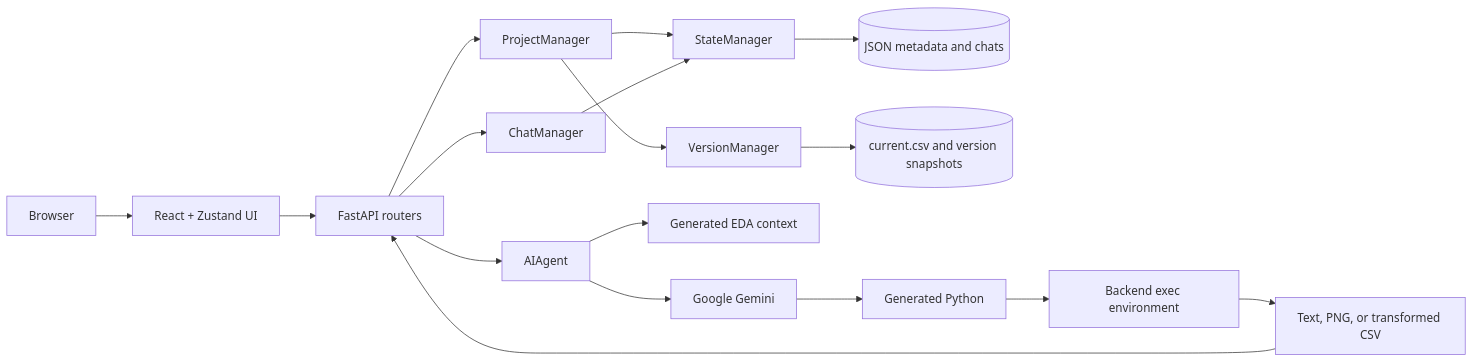
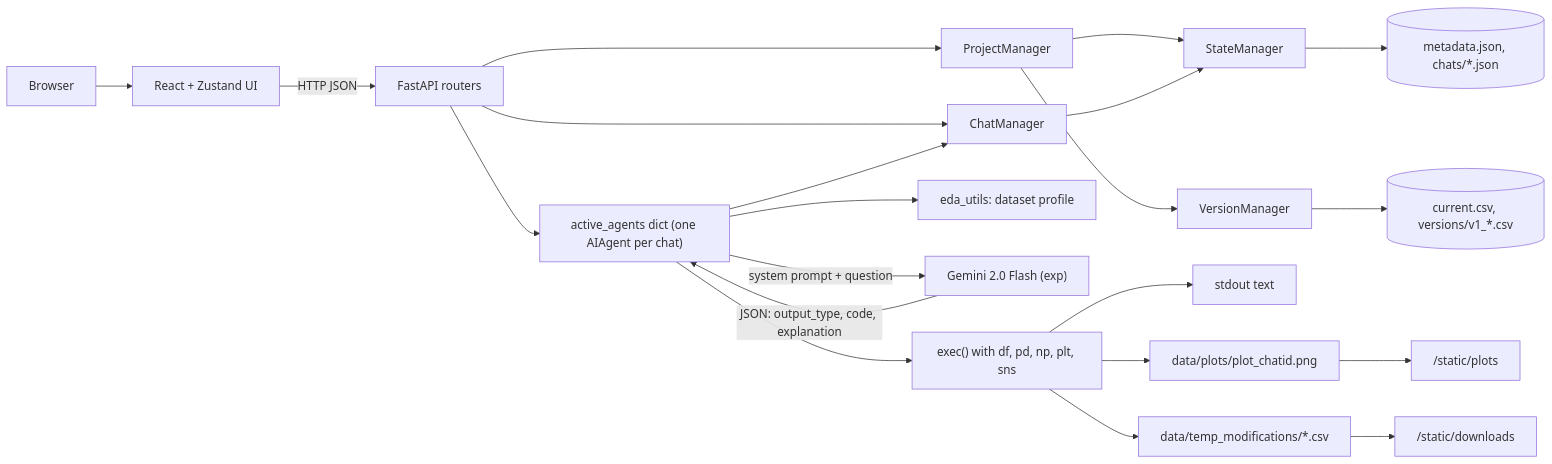
Before and after one commit to tarangdeep-goel-by/ai-data-analyst-v2: the diagram in README.md, drawn with Mermaid. The commit also changed other lines of this file and 14 other files, not shown here.

````diff
--- a/README.md
+++ b/README.md
@@ -32,23 +43,26 @@
 ```mermaid
 flowchart LR
-    User[Browser] --> UI[React + Zustand UI]
-    UI --> API[FastAPI routers]
+    User[Browser] --> UI["React + Zustand UI"]
+    UI -->|"HTTP JSON"| API[FastAPI routers]
 
     API --> Projects[ProjectManager]
     API --> Chats[ChatManager]
-    API --> Agent[AIAgent]
+    API --> Agents["active_agents dict (one AIAgent per chat)"]
 
     Projects --> State[StateManager]
     Projects --> Versions[VersionManager]
     Chats --> State
+    State --> JSON[("metadata.json, chats/*.json")]
+    Versions --> CSV[("current.csv, versions/v1_*.csv")]
 
-    State --> Files[(JSON metadata and chats)]
-    Versions --> CSV[(current.csv and version snapshots)]
-
-    Agent --> Context[Generated EDA context]
-    Agent --> Gemini[Google Gemini]
-    Gemini --> Code[Generated Python]
-    Code --> Exec[Backend exec environment]
-    Exec --> Output[Text, PNG, or transformed CSV]
-    Output --> API
+    Agents --> Chats
+    Agents --> EDA["eda_utils: dataset profile"]
+    Agents -->|"system prompt + question"| Gemini["Gemini 2.0 Flash (exp)"]
+    Gemini -->|"JSON: output_type, code, explanation"| Agents
+    Agents --> Exec["exec() with df, pd, np, plt, sns"]
+    Exec --> Text[stdout text]
+    Exec --> Plot["data/plots/plot_chatid.png"]
+    Exec --> Download["data/temp_modifications/*.csv"]
+    Plot --> Static["/static/plots"]
+    Download --> Static2["/static/downloads"]
 ```
````
